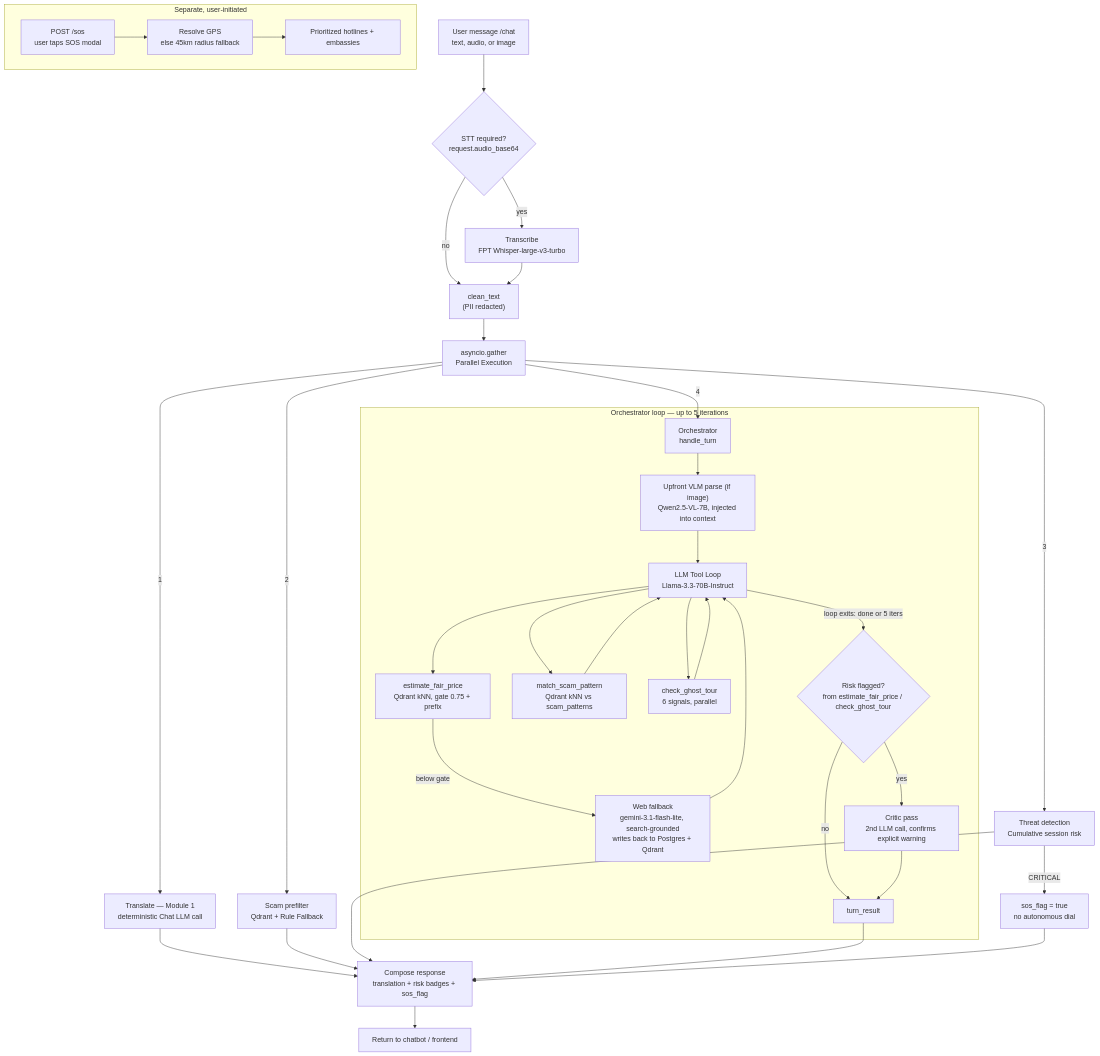
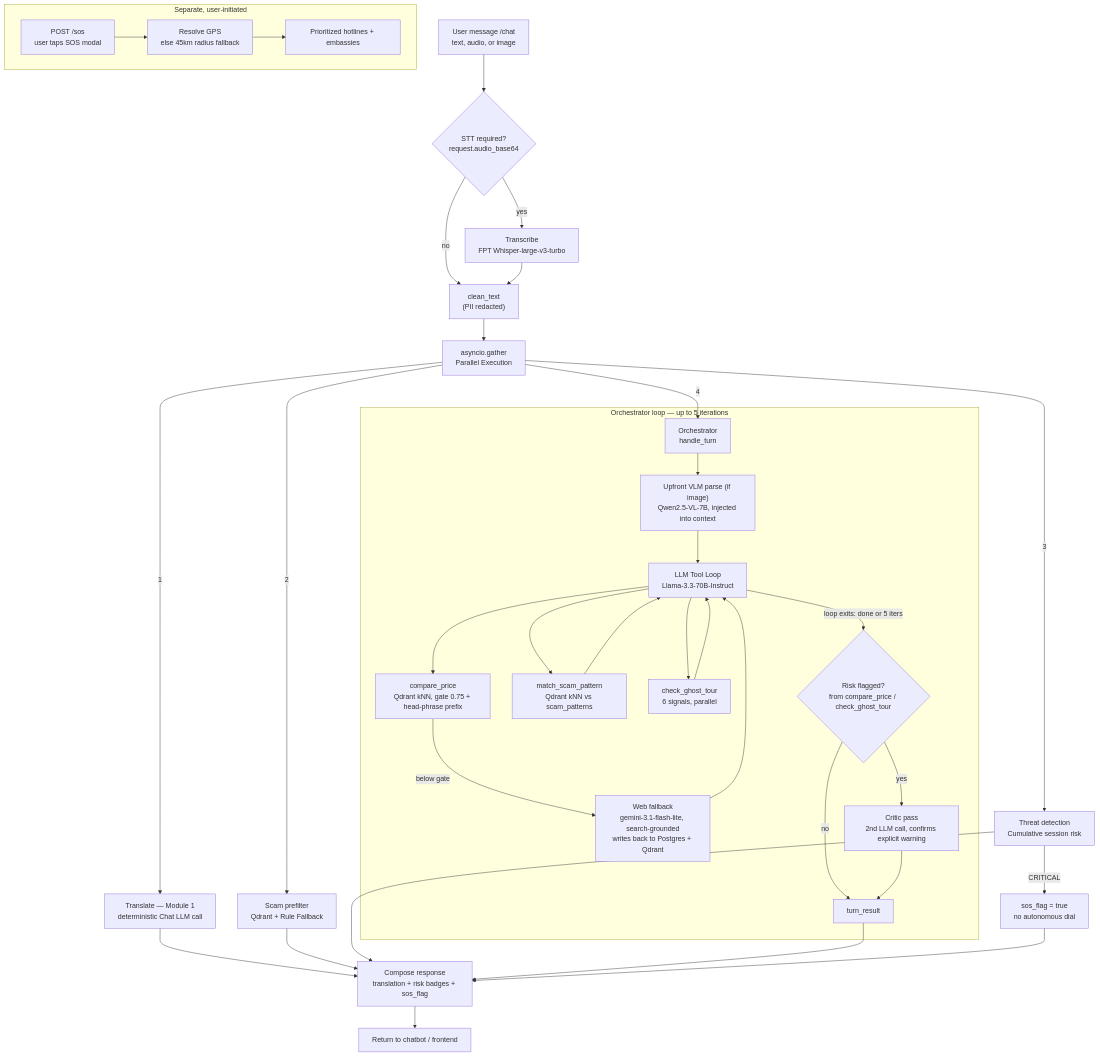
One commit to minhdo252/Red-Lace-Repo changed the diagram in orchestration_flow.md. Above: the diagram before and after it, drawn with Mermaid. The commit also changed 6 other files, not shown here.

````diff
--- a/orchestration_flow.md
+++ b/orchestration_flow.md
@@ -5,44 +5,44 @@
 ```mermaid
 flowchart TD
     A["User message /chat<br/>text, audio, or image"] --> B{"STT required?<br/>request.audio_base64"}
     B -- yes --> C["Transcribe<br/>FPT Whisper-large-v3-turbo"]
     B -- no --> D
     C --> D["clean_text<br/>(PII redacted)"]
     
     D --> E["asyncio.gather<br/>Parallel Execution"]
     
     E -->|1| F["Translate — Module 1<br/>deterministic Chat LLM call"]
     E -->|2| G["Scam prefilter<br/>Qdrant + Rule Fallback"]
     E -->|3| H["Threat detection<br/>Cumulative session risk"]
     E -->|4| I["Orchestrator<br/>handle_turn"]
 
     subgraph ORCH["Orchestrator loop — up to 5 iterations"]
         I --> J["Upfront VLM parse (if image)<br/>Qwen2.5-VL-7B, injected into context"]
         J --> K["LLM Tool Loop<br/>Llama-3.3-70B-Instruct"]
-        K --> L["estimate_fair_price<br/>Qdrant kNN, gate 0.75 + prefix"]
+        K --> L["compare_price<br/>Qdrant kNN, gate 0.75 + head-phrase prefix"]
         K --> M["match_scam_pattern<br/>Qdrant kNN vs scam_patterns"]
         K --> N["check_ghost_tour<br/>6 signals, parallel"]
         L -- below gate --> L2["Web fallback<br/>gemini-3.1-flash-lite, search-grounded<br/>writes back to Postgres + Qdrant"]
         L2 --> K
         M --> K
         N --> K
-        K -- "loop exits: done or 5 iters" --> O{"Risk flagged?<br/>from estimate_fair_price / check_ghost_tour"}
+        K -- "loop exits: done or 5 iters" --> O{"Risk flagged?<br/>from compare_price / check_ghost_tour"}
         O -- yes --> P["Critic pass<br/>2nd LLM call, confirms explicit warning"]
         O -- no --> Q["turn_result"]
         P --> Q
     end
 
     F --> R["Compose response<br/>translation + risk badges + sos_flag"]
     G --> R
     H --> R
     Q --> R
 
     H -- CRITICAL --> S["sos_flag = true<br/>no autonomous dial"]
     S --> R
     R --> T["Return to chatbot / frontend"]
 
     subgraph SOS["Separate, user-initiated"]
         U["POST /sos<br/>user taps SOS modal"] --> V["Resolve GPS<br/>else 45km radius fallback"]
         V --> W["Prioritized hotlines + embassies"]
     end
 ```
````
